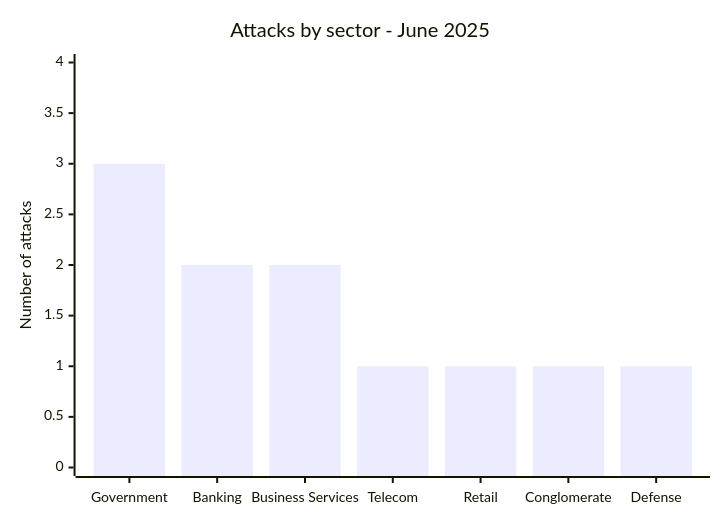
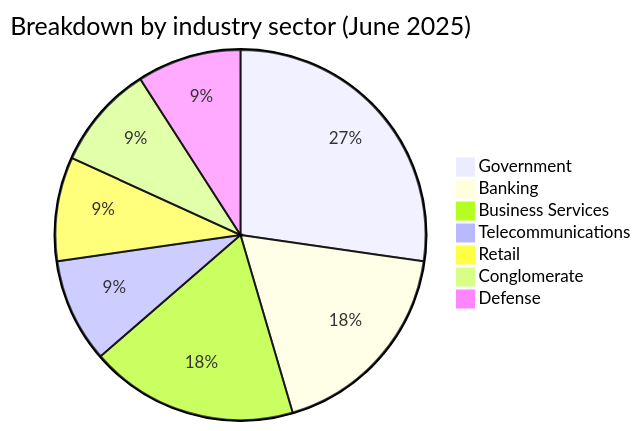
One commit to Hatchepsoute/AFRINTEL changed the second of 5 diagrams in reports/2025/06-june/README.md. Above: the diagram before and after it, drawn with Mermaid. The commit also changed other lines of this file and 1 other file, not shown here.

````diff
--- a/reports/2025/06-june/README.md
+++ b/reports/2025/06-june/README.md
@@ -47,7 +60,10 @@
 ```mermaid
-xychart-beta
-    title "Attacks by sector - June 2025"
-    x-axis ["Government", "Banking", "Business Services", "Telecom", "Retail", "Conglomerate", "Defense"]
-    y-axis "Number of attacks" 0 --> 4
-    bar [3, 2, 2, 1, 1, 1, 1]
+pie title Breakdown by industry sector (June 2025)
+    "Government" : 3
+    "Banking" : 2
+    "Business Services" : 2
+    "Telecommunications" : 1
+    "Retail" : 1
+    "Conglomerate" : 1
+    "Defense" : 1
 ```
````
